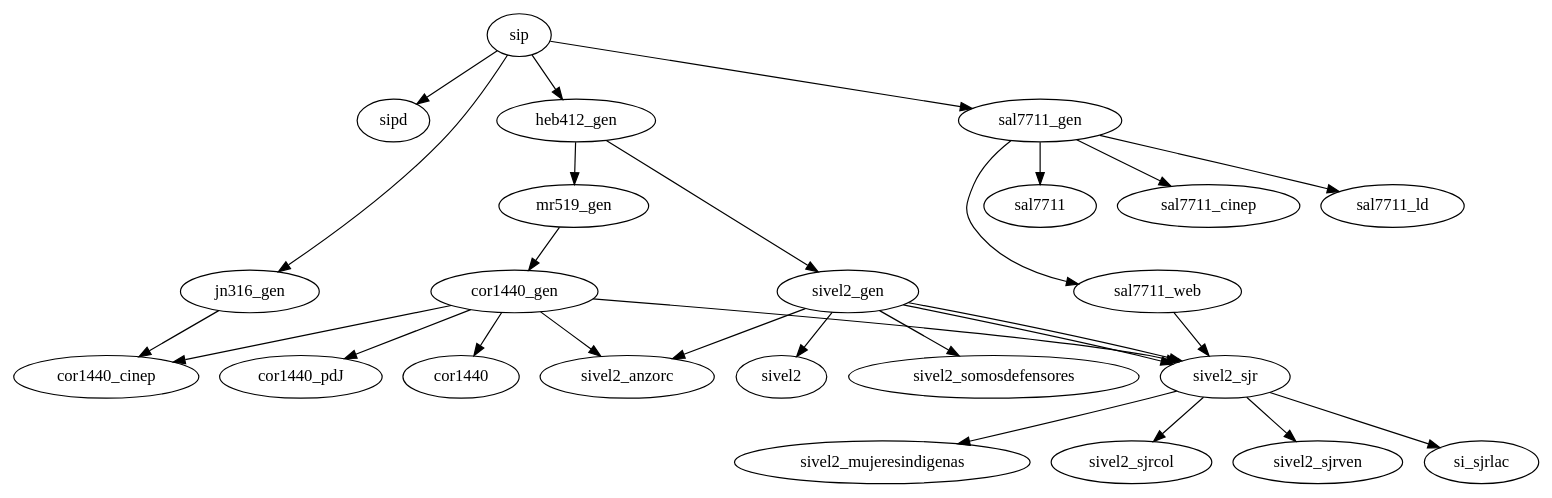
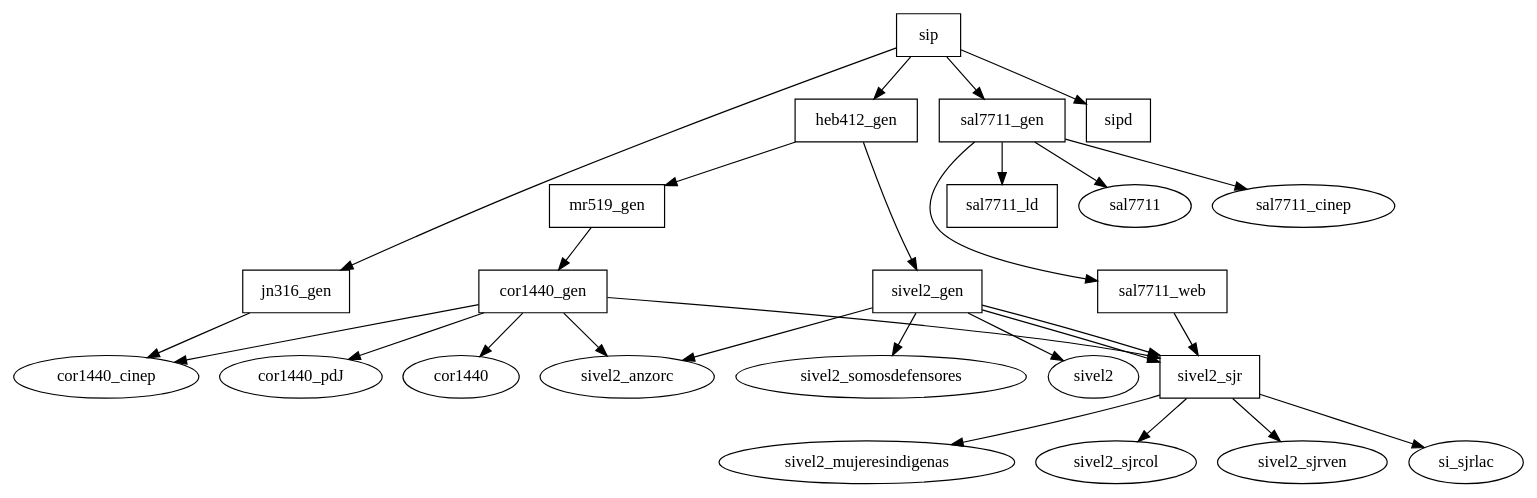
One commit to pasosdeJesus/sip changed the diagram in doc/dependencias.dot. Above: the diagram before and after it, drawn with Graphviz. The commit also changed 1 other file, not shown here.

```diff
--- a/doc/dependencias.dot
+++ b/doc/dependencias.dot
@@ -1,14 +1,26 @@
 digraph I {
-
+  
+  cor1440_gen  [shape=box]
+  jn316_gen [shape=box]
+  heb412_gen [shape=box]
+  mr519_gen [shape=box]
+  sivel2_gen [shape=box]
+  sivel2_sjr [shape=box]
+  sal7711_gen [shape=box]
+  sal7711_ld [shape=box]
+  sal7711_web [shape=box]
+  sip [shape=box]
+  sipd [shape=box]
+ 
   sip -> {sipd,jn316_gen,heb412_gen,sal7711_gen}
   heb412_gen -> {mr519_gen, sivel2_gen}
   sivel2_gen -> {sivel2, sivel2_sjr}
   mr519_gen -> cor1440_gen -> {cor1440, cor1440_pdJ, cor1440_cinep}
   jn316_gen -> cor1440_cinep
   sal7711_gen -> {sal7711, sal7711_cinep, sal7711_web, sal7711_ld}
   {sal7711_web,sivel2_gen,cor1440_gen} -> sivel2_sjr
   sivel2_gen -> {sivel2_somosdefensores, sivel2_anzorc}
   cor1440_gen -> sivel2_anzorc
   sivel2_sjr -> {sivel2_mujeresindigenas, sivel2_sjrcol, sivel2_sjrven, si_sjrlac}
 
 }
```
